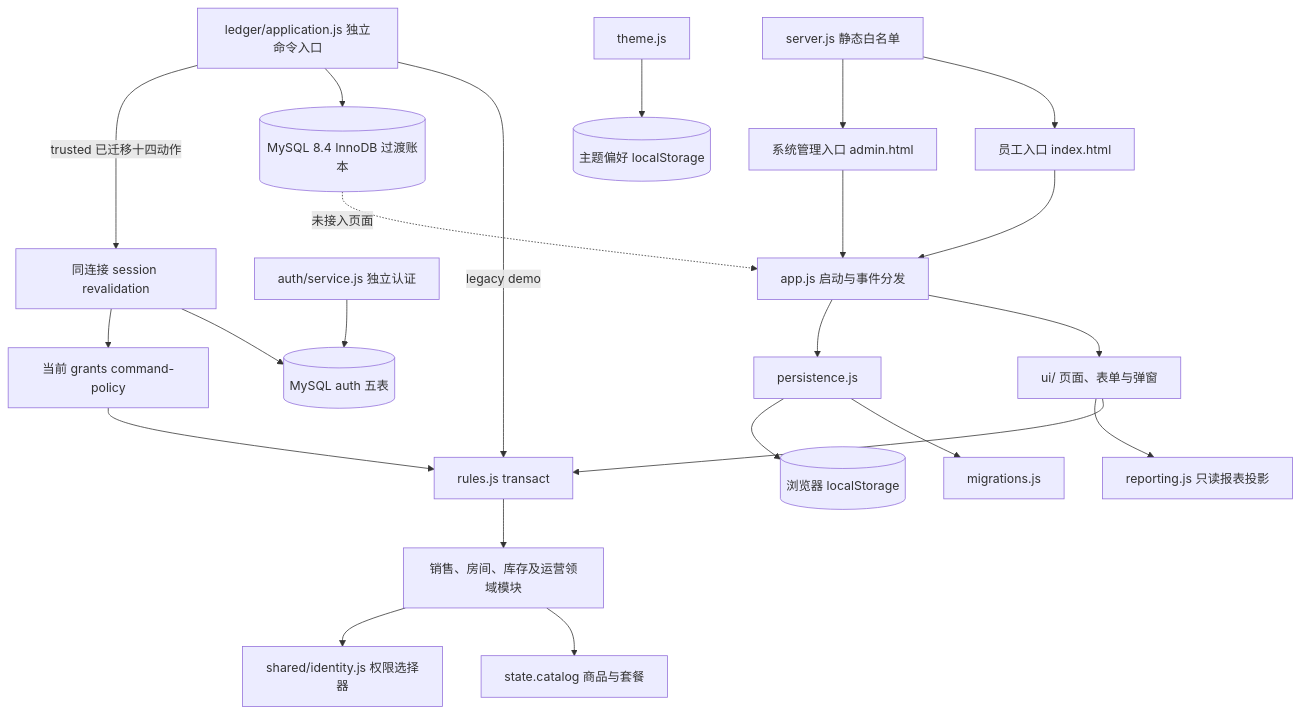
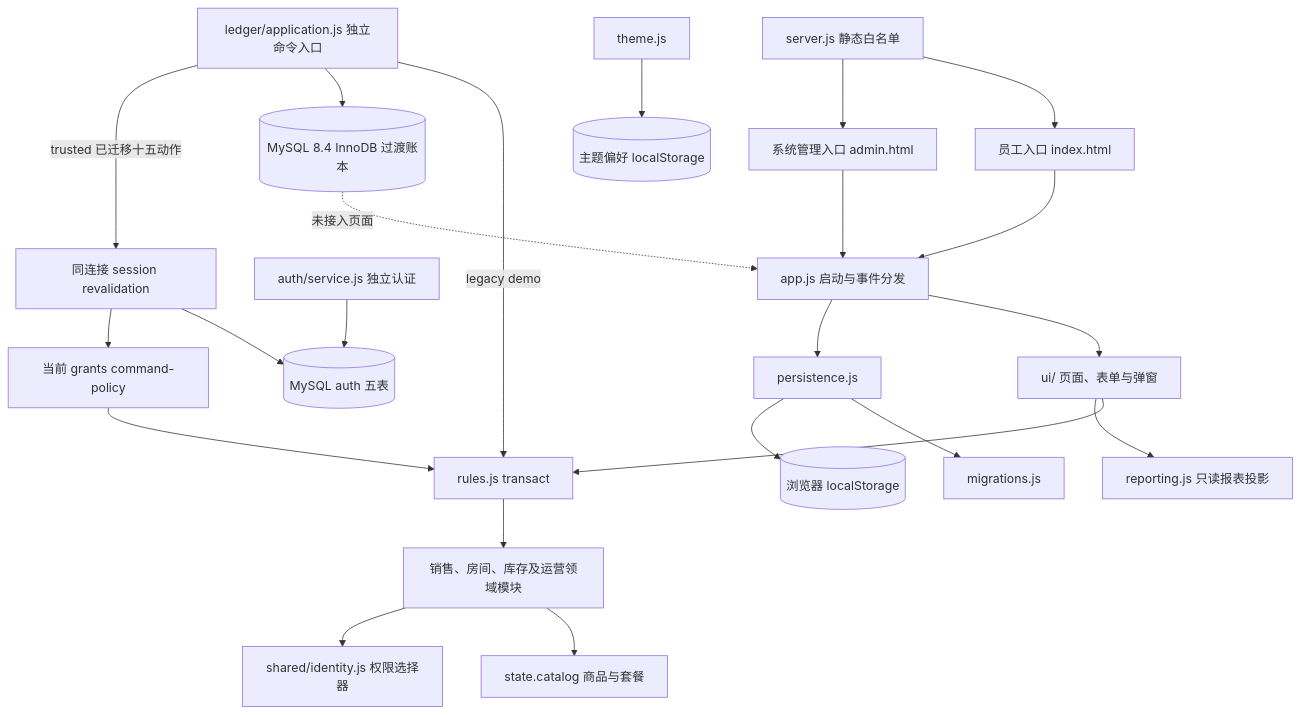
Before and after one commit to Richard-Zhuo/codex-KTV: the diagram in docs/ARCHITECTURE.md, drawn with Mermaid. The commit also changed other lines of this file and 12 other files, not shown here.

````diff
--- a/docs/ARCHITECTURE.md
+++ b/docs/ARCHITECTURE.md
@@ -7,25 +7,25 @@
 ```mermaid
 flowchart TD
   E[员工入口 index.html] --> APP[app.js 启动与事件分发]
   A[系统管理入口 admin.html] --> APP
   APP --> UI[ui/ 页面、表单与弹窗]
   APP --> P[persistence.js]
   P --> M[migrations.js]
   P --> LS[(浏览器 localStorage)]
   UI --> TX[rules.js transact]
   TX --> D[销售、房间、库存及运营领域模块]
   UI --> REP[reporting.js 只读报表投影]
   D --> C[state.catalog 商品与套餐]
   D --> ID[shared/identity.js 权限选择器]
   T[theme.js] --> PREF[(主题偏好 localStorage)]
   S[server.js 静态白名单] --> E
   S --> A
   L[ledger/application.js 独立命令入口] -->|legacy demo| TX
   L --> DB[(MySQL 8.4 InnoDB 过渡账本)]
   AUTH[auth/service.js 独立认证] --> AUTHDB[(MySQL auth 五表)]
-  L -->|trusted 已迁移十四动作| RV[同连接 session revalidation]
+  L -->|trusted 已迁移十五动作| RV[同连接 session revalidation]
   RV --> AUTHDB
   RV --> CP[当前 grants command-policy]
   CP --> TX
   DB -. 未接入页面 .-> APP
 ```
````
